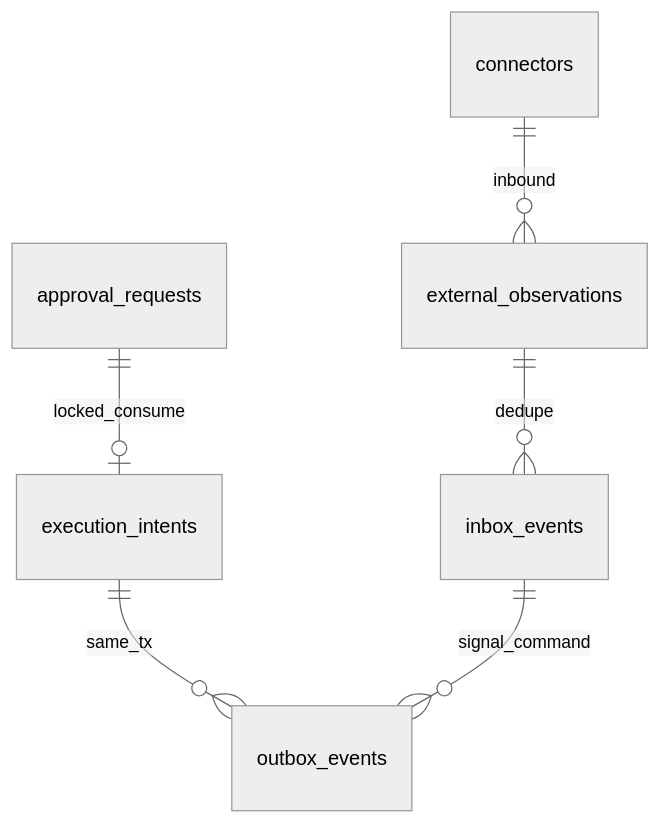
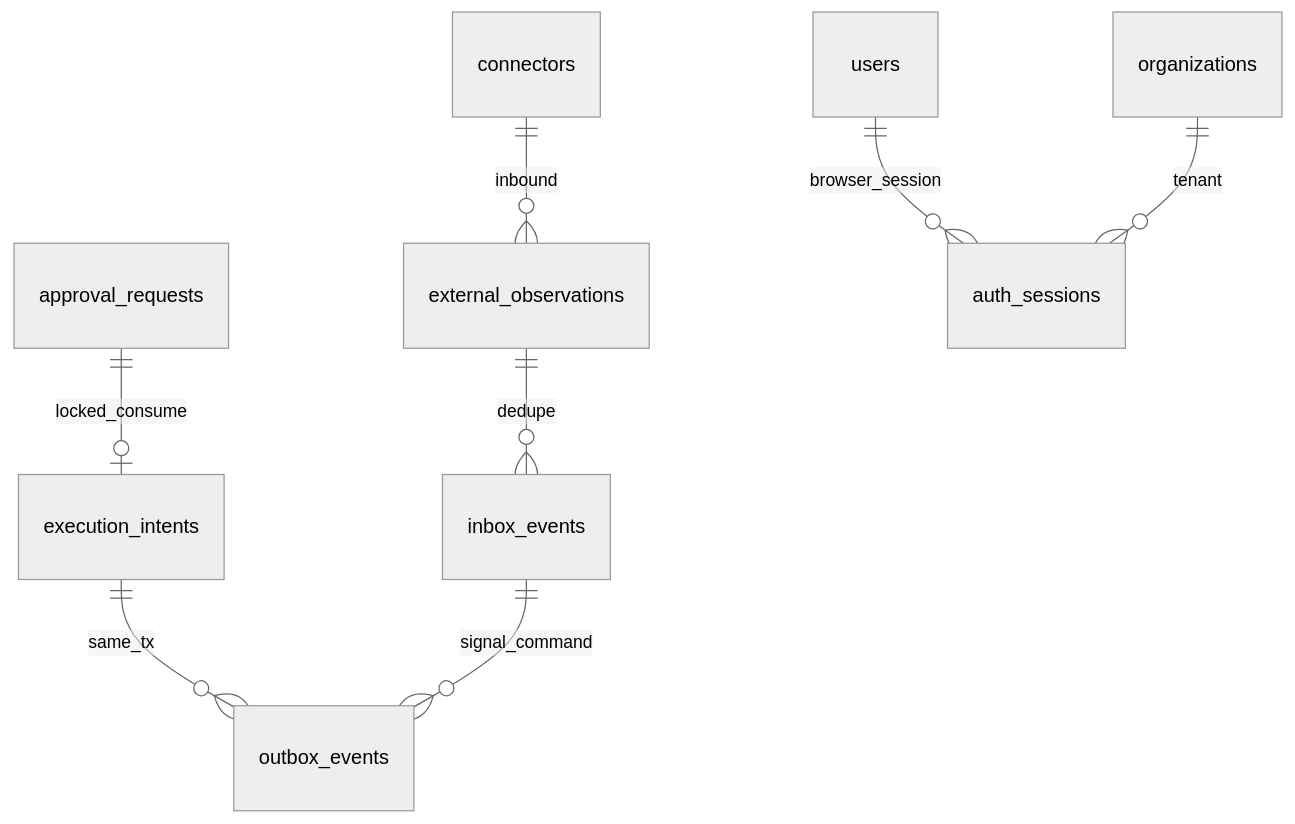
The second of 2 diagrams in docs/07_backend_design/data_model.md (Mylifeforrent/huntai-test), drawn with Mermaid (neutral theme) before and after one commit. The commit also changed other lines of this file and 1 other file, not shown here.

````diff
--- a/docs/07_backend_design/data_model.md
+++ b/docs/07_backend_design/data_model.md
@@ -252,8 +265,10 @@
 ```mermaid
 erDiagram
     approval_requests ||--o| execution_intents : locked_consume
     execution_intents ||--o{ outbox_events : same_tx
     connectors ||--o{ external_observations : inbound
     external_observations ||--o{ inbox_events : dedupe
     inbox_events ||--o{ outbox_events : signal_command
+    users ||--o{ auth_sessions : browser_session
+    organizations ||--o{ auth_sessions : tenant
 ```
````
